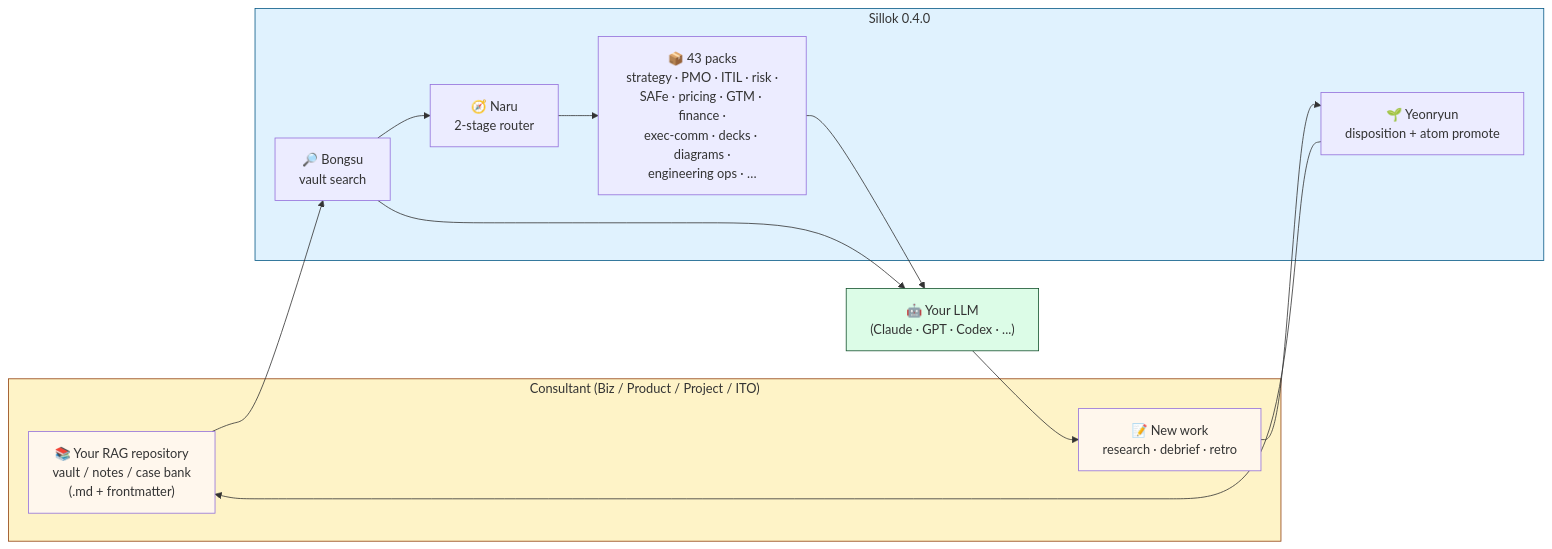
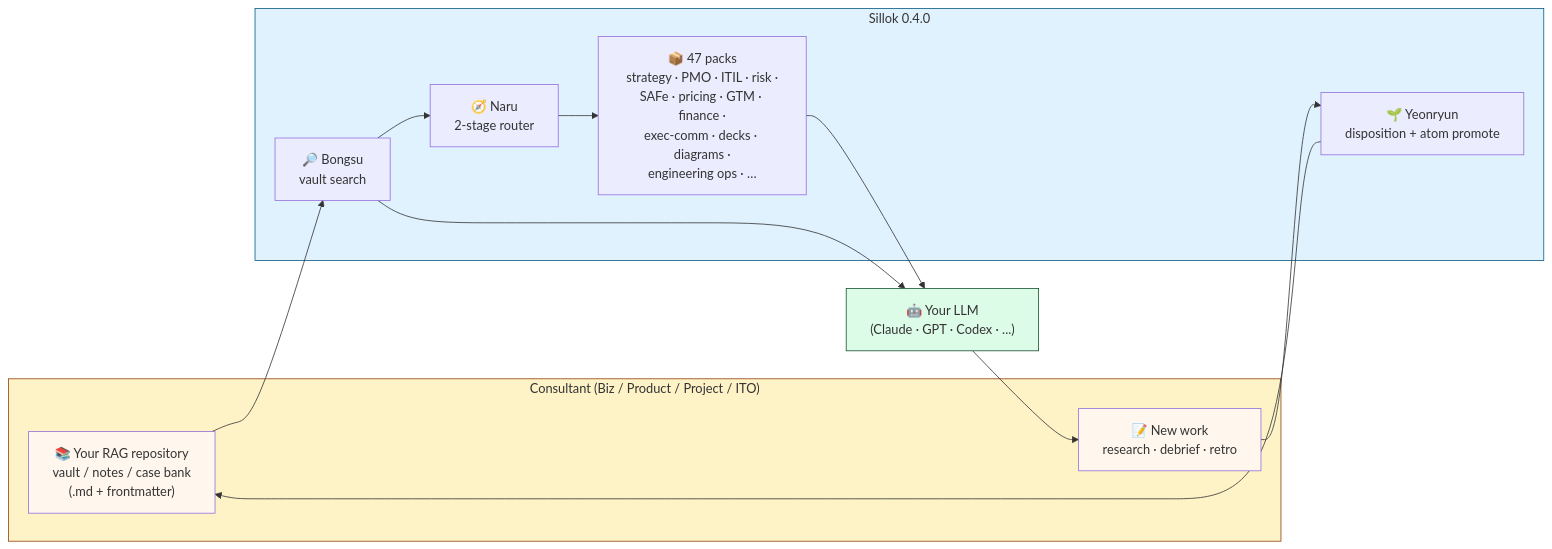
One commit to sillok-os/sillok changed the first of 2 diagrams in README.md. Above: the diagram before and after it, drawn with Mermaid. The commit also changed other lines of this file and 7 other files, not shown here.

````diff
--- a/README.md
+++ b/README.md
@@ -55,31 +57,31 @@
 ```mermaid
 flowchart LR
     subgraph YOU["Consultant (Biz / Product / Project / ITO)"]
         VAULT["📚 Your RAG repository<br/>vault / notes / case bank<br/>(.md + frontmatter)"]
         WORK["📝 New work<br/>research · debrief · retro"]
     end
 
     subgraph SILLOK["Sillok 0.4.0"]
-        PACKS["📦 43 packs<br/>strategy · PMO · ITIL · risk ·<br/>SAFe · pricing · GTM · finance ·<br/>exec-comm · decks · diagrams ·<br/>engineering ops · …"]
+        PACKS["📦 47 packs<br/>strategy · PMO · ITIL · risk ·<br/>SAFe · pricing · GTM · finance ·<br/>exec-comm · decks · diagrams ·<br/>engineering ops · …"]
         ROUTER["🧭 Naru<br/>2-stage router"]
         SEARCH["🔎 Bongsu<br/>vault search"]
         PROMOTE["🌱 Yeonryun<br/>disposition + atom promote"]
     end
 
     LLM["🤖 Your LLM<br/>(Claude · GPT · Codex · ...)"]
 
     VAULT --> SEARCH
     SEARCH --> ROUTER
     ROUTER --> PACKS
     PACKS --> LLM
     SEARCH --> LLM
     LLM --> WORK
     WORK --> PROMOTE
     PROMOTE --> VAULT
 
     style YOU fill:#fef3c7,stroke:#92400e
     style SILLOK fill:#e0f2fe,stroke:#075985
     style VAULT fill:#fff7ed
     style WORK fill:#fff7ed
     style LLM fill:#dcfce7,stroke:#14532d
 ```
````
